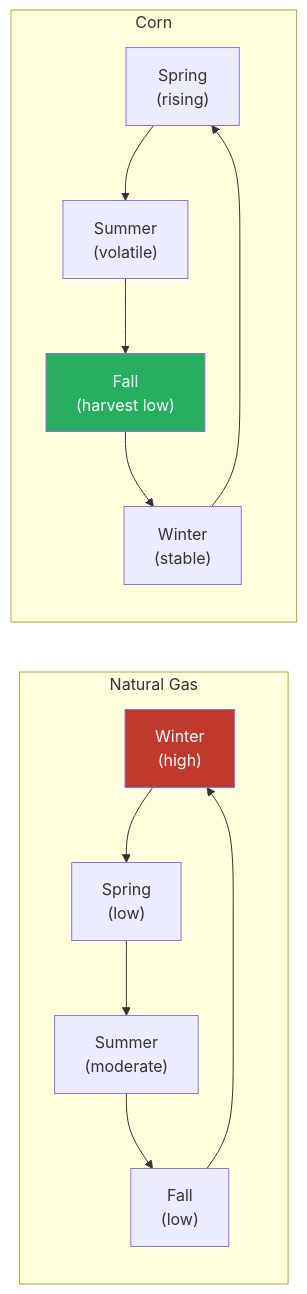
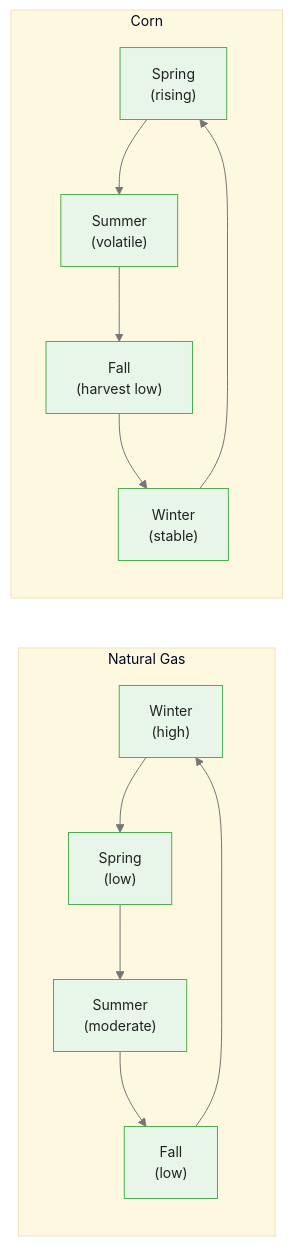
The second of 4 diagrams in courses/bayesian-commodity-forecasting/modules/module_02_commodity_data/guides/02_seasonality_analysis_slides.md (m-deane/course-creator), drawn with Mermaid before and after one commit. The commit also changed other lines of this file and 104 other files, not shown here.

````diff
--- a/courses/bayesian-commodity-forecasting/modules/module_02_commodity_data/guides/02_seasonality_analysis_slides.md
+++ b/courses/bayesian-commodity-forecasting/modules/module_02_commodity_data/guides/02_seasonality_analysis_slides.md
@@ -110,11 +125,10 @@
 ```mermaid
+%%{init: {"theme": "base", "themeVariables": {"primaryColor": "#e8f5e9", "primaryBorderColor": "#4caf50", "primaryTextColor": "#212121", "secondaryColor": "#e3f2fd", "tertiaryColor": "#fff8e1", "lineColor": "#757575", "fontFamily": "Inter, sans-serif", "fontSize": "14px"}}}%%
 flowchart LR
     subgraph NatGas["Natural Gas"]
         W1["Winter\n(high)"] --> Sp1["Spring\n(low)"] --> Su1["Summer\n(moderate)"] --> F1["Fall\n(low)"] --> W1
     end
     subgraph Corn["Corn"]
         Sp2["Spring\n(rising)"] --> Su2["Summer\n(volatile)"] --> F2["Fall\n(harvest low)"] --> W2["Winter\n(stable)"] --> Sp2
     end
-    style W1 fill:#c0392b,color:#fff
-    style F2 fill:#27ae60,color:#fff
 ```
````
